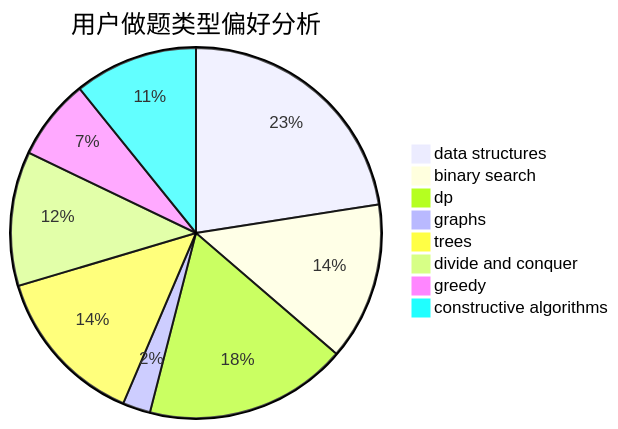
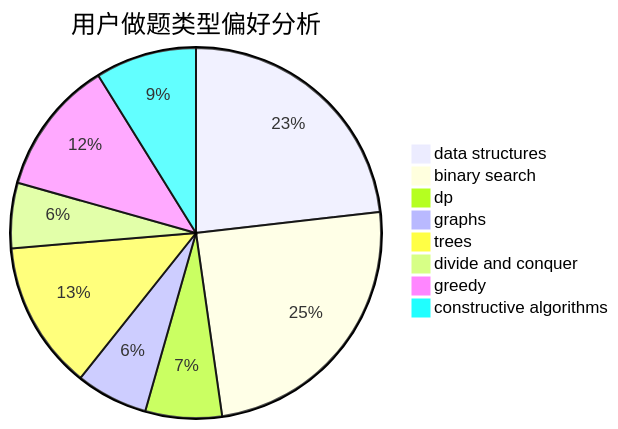
One commit to sherpahu/cfrs.github.io changed the second of 3 diagrams in docs/user/u1408.md. Above: the diagram before and after it, drawn with Mermaid. The commit also changed other lines of this file and 2770 other files, not shown here.

````diff
--- a/docs/user/u1408.md
+++ b/docs/user/u1408.md
@@ -23,11 +23,11 @@
 ```mermaid
 pie title 用户做题类型偏好分析
-    "data structures" :  121
-    "binary search" :  74
-    "dp" :  95
-    "graphs" :  13
-    "trees" :  75
-    "divide and conquer" :  63
-    "greedy" :  38
-    "constructive algorithms" :  58
+    "data structures" :  118
+    "binary search" :  125
+    "dp" :  34
+    "graphs" :  32
+    "trees" :  66
+    "divide and conquer" :  29
+    "greedy" :  60
+    "constructive algorithms" :  45
 ```
````
